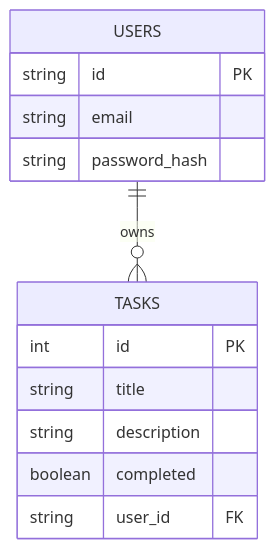
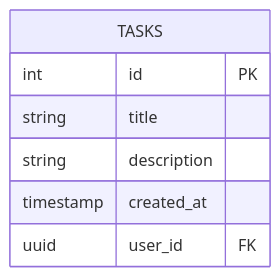
One commit to nozomi2255/my-app changed the diagram in README.md. Above: the diagram before and after it, drawn with Mermaid.

Commit message:
DB構造のER図を修正

````diff
--- a/README.md
+++ b/README.md
@@ -74,16 +74,10 @@
 ```mermaid
 erDiagram
-  USERS {
-    string id PK
-    string email
-    string password_hash
-  }
   TASKS {
     int id PK
     string title
     string description
-    boolean completed
-    string user_id FK
+    timestamp created_at
+    uuid user_id FK
   }
-  USERS ||--o{ TASKS : owns
 ```
````
